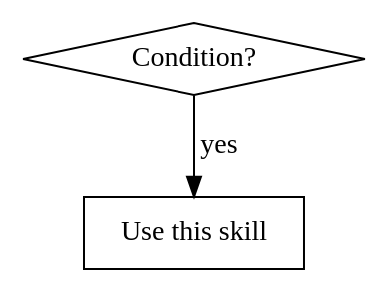
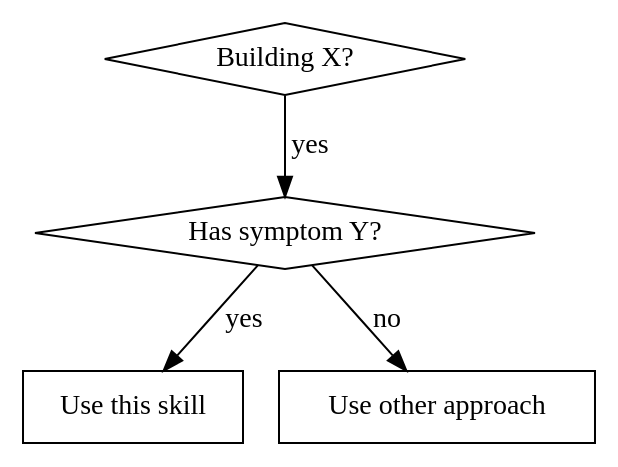
Before and after one commit to Qredence/skill-fleet: the diagram in config/templates/SKILL_md_template.md, drawn with Graphviz. The commit also changed other lines of this file and 1 other file, not shown here.

Commit message:
feat: enhance SKILL.md template and add metadata template for improved structure and tooling support

````diff
--- a/config/templates/SKILL_md_template.md
+++ b/config/templates/SKILL_md_template.md
@@ -85,7 +126,12 @@
 ```dot
 digraph when_to_use {
-    "Condition?" [shape=diamond];
+    "Building X?" [shape=diamond];
+    "Has symptom Y?" [shape=diamond];
     "Use this skill" [shape=box];
-    "Condition?" -> "Use this skill" [label="yes"];
+    "Use other approach" [shape=box];
+
+    "Building X?" -> "Has symptom Y?" [label="yes"];
+    "Has symptom Y?" -> "Use this skill" [label="yes"];
+    "Has symptom Y?" -> "Use other approach" [label="no"];
 }
 ```
````
